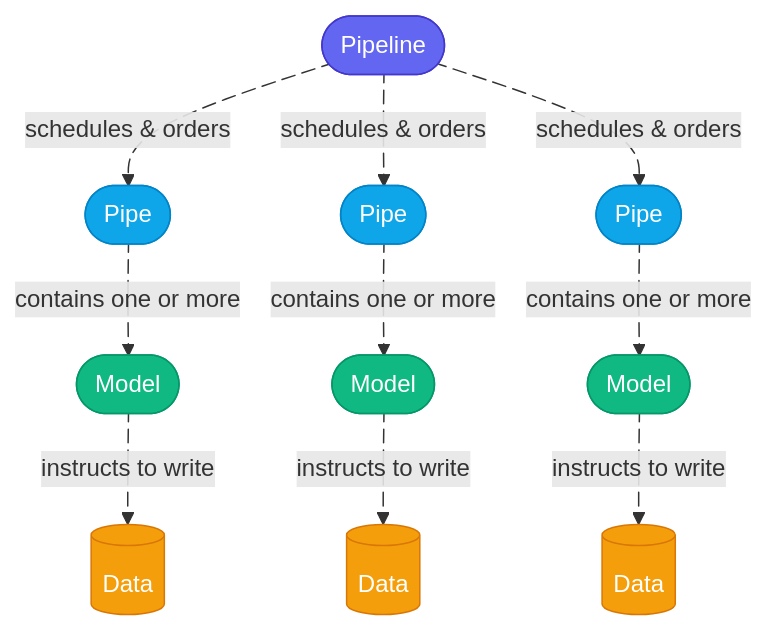
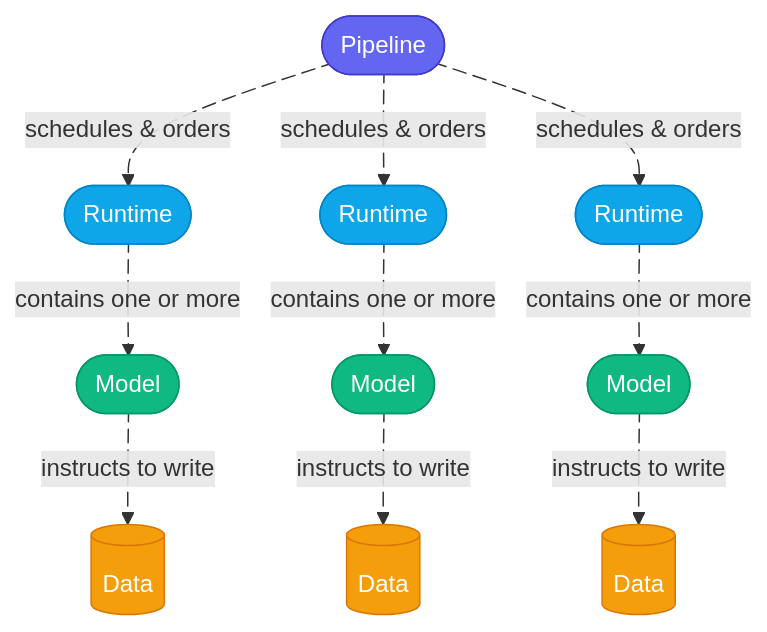
Before and after one commit to ebremstedt/bollhav: the diagram in bollhav/docs/ABSTRACTIONS.md, drawn with Mermaid. The commit also changed other lines of this file and 31 other files, not shown here.

````diff
--- a/bollhav/docs/ABSTRACTIONS.md
+++ b/bollhav/docs/ABSTRACTIONS.md
@@ -7,38 +7,38 @@
 ```mermaid
 flowchart TD
     Pipeline([Pipeline]):::pipeline
-    PipeA([Pipe]):::pipe
-    PipeB([Pipe]):::pipe
-    PipeC([Pipe]):::pipe
+    RuntimeA([Runtime]):::runtime
+    RuntimeB([Runtime]):::runtime
+    RuntimeC([Runtime]):::runtime
     ModelA([Model]):::model
     ModelB([Model]):::model
     ModelC([Model]):::model
     DataA[(Data)]:::data
     DataB[(Data)]:::data
     DataC[(Data)]:::data
 
-    Pipeline e1@-->|schedules & orders| PipeA
-    Pipeline e2@-->|schedules & orders| PipeB
-    Pipeline e3@-->|schedules & orders| PipeC
-    PipeA e4@-->|contains one or more| ModelA
-    PipeB e5@-->|contains one or more| ModelB
-    PipeC e6@-->|contains one or more| ModelC
+    Pipeline e1@-->|schedules & orders| RuntimeA
+    Pipeline e2@-->|schedules & orders| RuntimeB
+    Pipeline e3@-->|schedules & orders| RuntimeC
+    RuntimeA e4@-->|contains one or more| ModelA
+    RuntimeB e5@-->|contains one or more| ModelB
+    RuntimeC e6@-->|contains one or more| ModelC
     ModelA e7@-->|instructs to write| DataA
     ModelB e8@-->|instructs to write| DataB
     ModelC e9@-->|instructs to write| DataC
 
     e1@{ animation: fast }
     e2@{ animation: fast }
     e3@{ animation: fast }
     e4@{ animation: fast }
     e5@{ animation: fast }
     e6@{ animation: fast }
     e7@{ animation: fast }
     e8@{ animation: fast }
     e9@{ animation: fast }
 
     classDef pipeline fill:#6366f1,stroke:#4338ca,color:#fff
-    classDef pipe fill:#0ea5e9,stroke:#0284c7,color:#fff
+    classDef runtime fill:#0ea5e9,stroke:#0284c7,color:#fff
     classDef model fill:#10b981,stroke:#059669,color:#fff
     classDef data fill:#f59e0b,stroke:#d97706,color:#fff
 ```
````
